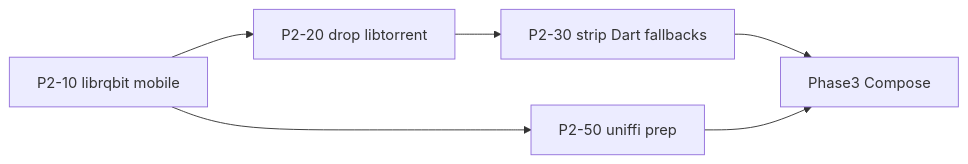
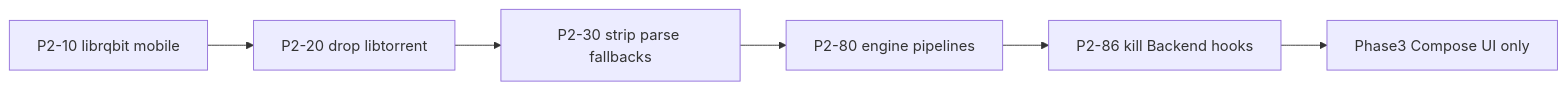
One commit to mGhassen/Forja changed the diagram in docs/migration/02-rust-engine-complete.md. Above: the diagram before and after it, drawn with Mermaid. The commit also changed other lines of this file and 3 other files, not shown here.

Commit message:
docs: Update migration documentation to clarify Rust engine ownership and Phase 2 completion criteria; emphasize no Dart/Kotlin logic in engine and outline next steps for Phase 3 transition to Kotlin Compose UI

````diff
--- a/docs/migration/02-rust-engine-complete.md
+++ b/docs/migration/02-rust-engine-complete.md
@@ -214,13 +224,11 @@
 ```mermaid
 flowchart LR
   P2_10["P2-10 librqbit mobile"]
   P2_20["P2-20 drop libtorrent"]
-  P2_30["P2-30 strip Dart fallbacks"]
-  P2_50["P2-50 uniffi prep"]
-  P3["Phase3 Compose"]
+  P2_30["P2-30 strip parse fallbacks"]
+  P2_80["P2-80 engine pipelines"]
+  P2_86["P2-86 kill Backend hooks"]
+  P3["Phase3 Compose UI only"]
 
-  P2_10 --> P2_20 --> P2_30
-  P2_10 --> P2_50
-  P2_30 --> P3
-  P2_50 --> P3
+  P2_10 --> P2_20 --> P2_30 --> P2_80 --> P2_86 --> P3
 ```
````
